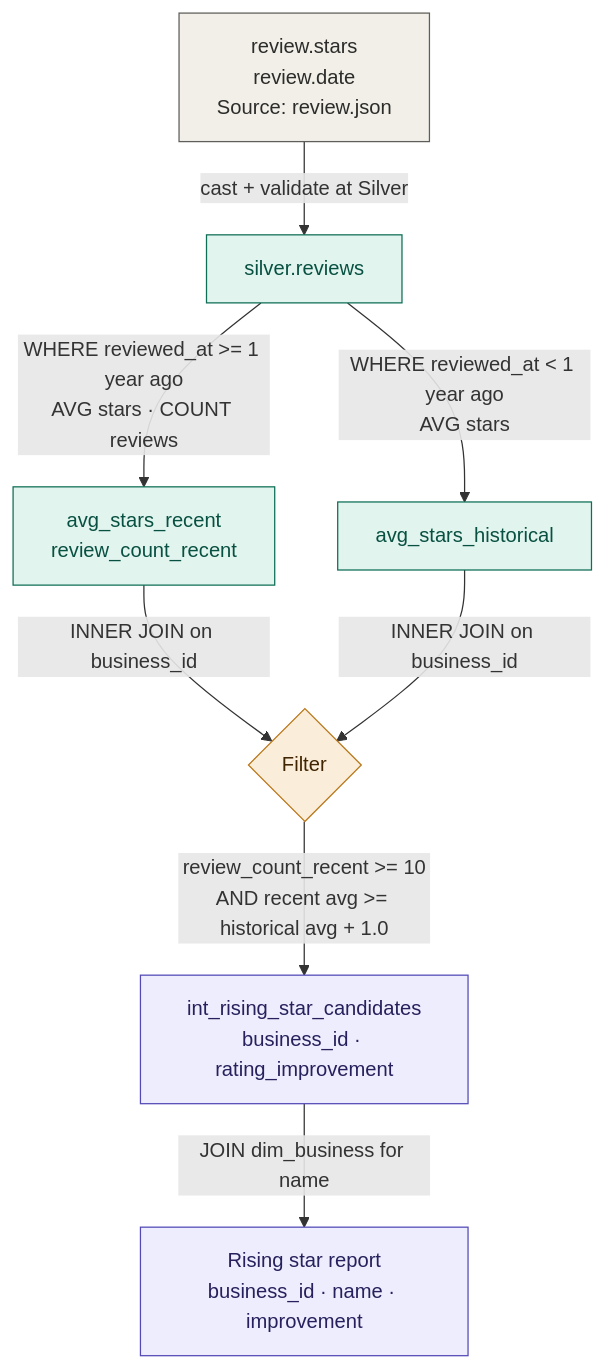
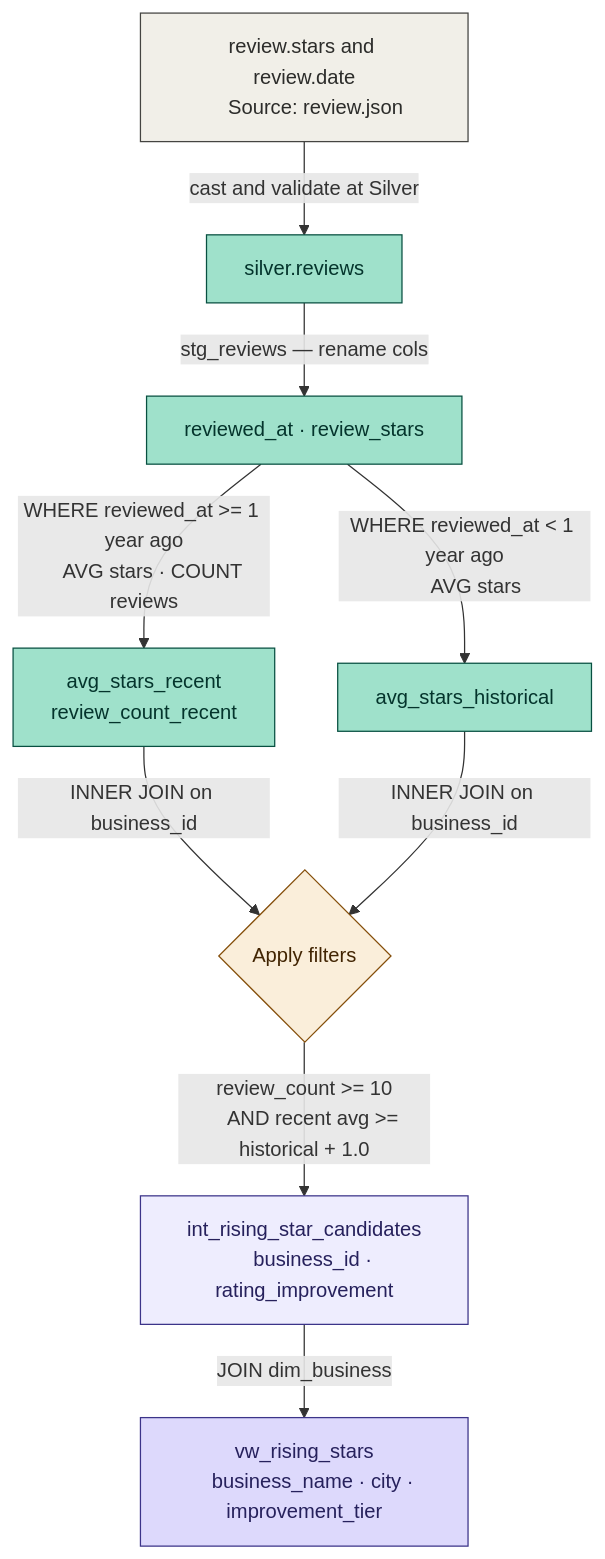
One commit to Aamirali7596/Finalto_Yelp_project changed the third of 3 diagrams in finalto/docs/diagrams/data_lineage_diagram.md. Above: the diagram before and after it, drawn with Mermaid. The commit also changed other lines of this file and 6 other files, not shown here.

First line of the commit message:
Refactor Yelp Data Engineering Platform Documentation and Architecture

````diff
--- a/finalto/docs/diagrams/data_lineage_diagram.md
+++ b/finalto/docs/diagrams/data_lineage_diagram.md
@@ -97,18 +132,33 @@
 ```mermaid
 flowchart TD
-    A["review.stars\nreview.date\nSource: review.json"] -->|cast + validate at Silver| B[silver.reviews]
-    B -->|WHERE reviewed_at >= 1 year ago\nAVG stars · COUNT reviews| C[avg_stars_recent\nreview_count_recent]
-    B -->|WHERE reviewed_at < 1 year ago\nAVG stars| D[avg_stars_historical]
-    C -->|INNER JOIN on business_id| E{Filter}
-    D -->|INNER JOIN on business_id| E
-    E -->|review_count_recent >= 10\nAND recent avg >= historical avg + 1.0| F[int_rising_star_candidates\nbusiness_id · rating_improvement]
-    F -->|JOIN dim_business for name| G[Rising star report\nbusiness_id · name · improvement]
+    A["review.stars and review.date
+    Source: review.json"] -->|"cast and validate at Silver"| B["silver.reviews"]
 
-    style A fill:#F1EFE8,stroke:#5F5E5A,color:#2C2C2A
-    style B fill:#E1F5EE,stroke:#0F6E56,color:#085041
-    style C fill:#E1F5EE,stroke:#0F6E56,color:#085041
-    style D fill:#E1F5EE,stroke:#0F6E56,color:#085041
-    style E fill:#FAEEDA,stroke:#BA7517,color:#412402
-    style F fill:#EEEDFE,stroke:#534AB7,color:#26215C
-    style G fill:#EEEDFE,stroke:#534AB7,color:#26215C
+    B -->|"stg_reviews — rename cols"| C["reviewed_at · review_stars"]
+
+    C -->|"WHERE reviewed_at >= 1 year ago
+    AVG stars · COUNT reviews"| D["avg_stars_recent
+    review_count_recent"]
+
+    C -->|"WHERE reviewed_at < 1 year ago
+    AVG stars"| E["avg_stars_historical"]
+
+    D -->|"INNER JOIN on business_id"| F{"Apply filters"}
+    E -->|"INNER JOIN on business_id"| F
+
+    F -->|"review_count >= 10
+    AND recent avg >= historical + 1.0"| G["int_rising_star_candidates
+    business_id · rating_improvement"]
+
+    G -->|"JOIN dim_business"| H["vw_rising_stars
+    business_name · city · improvement_tier"]
+
+    style A fill:#F1EFE8,stroke:#444441,color:#2C2C2A
+    style B fill:#9FE1CB,stroke:#085041,color:#04342C
+    style C fill:#9FE1CB,stroke:#085041,color:#04342C
+    style D fill:#9FE1CB,stroke:#085041,color:#04342C
+    style E fill:#9FE1CB,stroke:#085041,color:#04342C
+    style F fill:#FAEEDA,stroke:#854F0B,color:#412402
+    style G fill:#EEEDFE,stroke:#3C3489,color:#26215C
+    style H fill:#DDD9FC,stroke:#3C3489,color:#26215C
 ```
````
